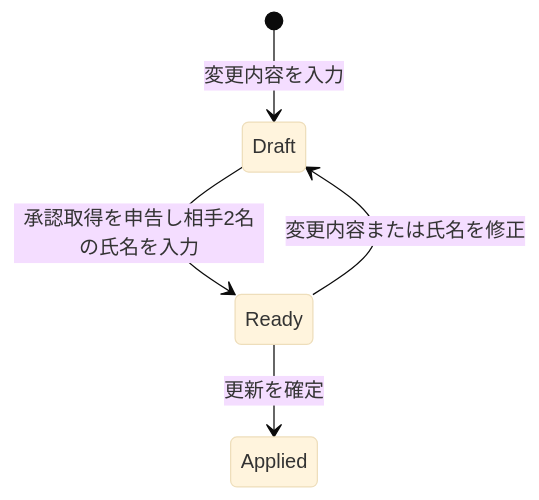
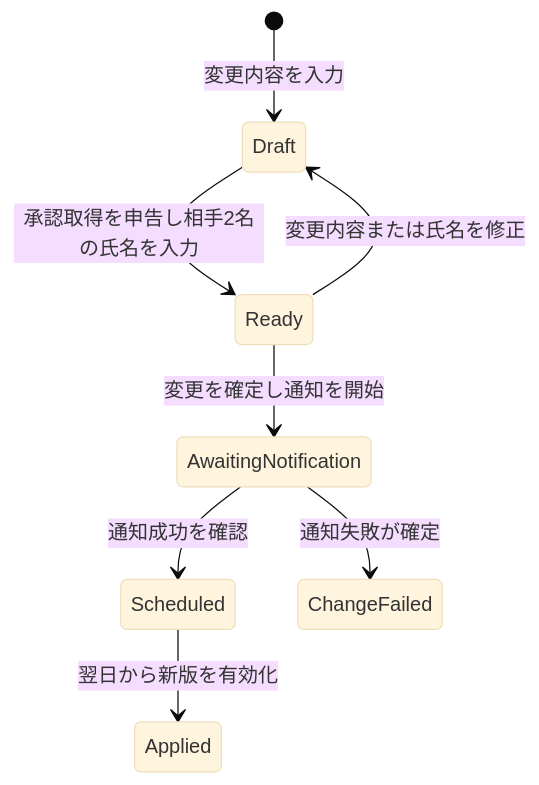
The third of 4 diagrams in docs/state-transitions.md (nto300002/kiiya-cleaning-checker), drawn with Mermaid (base theme) before and after one commit. The commit also changed other lines of this file and 2 other files, not shown here.

Commit message:
Define delayed master revisions and notification failure

````diff
--- a/docs/state-transitions.md
+++ b/docs/state-transitions.md
@@ -95,7 +99,10 @@
 ```mermaid
 stateDiagram-v2
     [*] --> Draft: 変更内容を入力
     Draft --> Ready: 承認取得を申告し相手2名の氏名を入力
     Ready --> Draft: 変更内容または氏名を修正
-    Ready --> Applied: 更新を確定
+    Ready --> AwaitingNotification: 変更を確定し通知を開始
+    AwaitingNotification --> Scheduled: 通知成功を確認
+    AwaitingNotification --> ChangeFailed: 通知失敗が確定
+    Scheduled --> Applied: 翌日から新版を有効化
 ```
````
